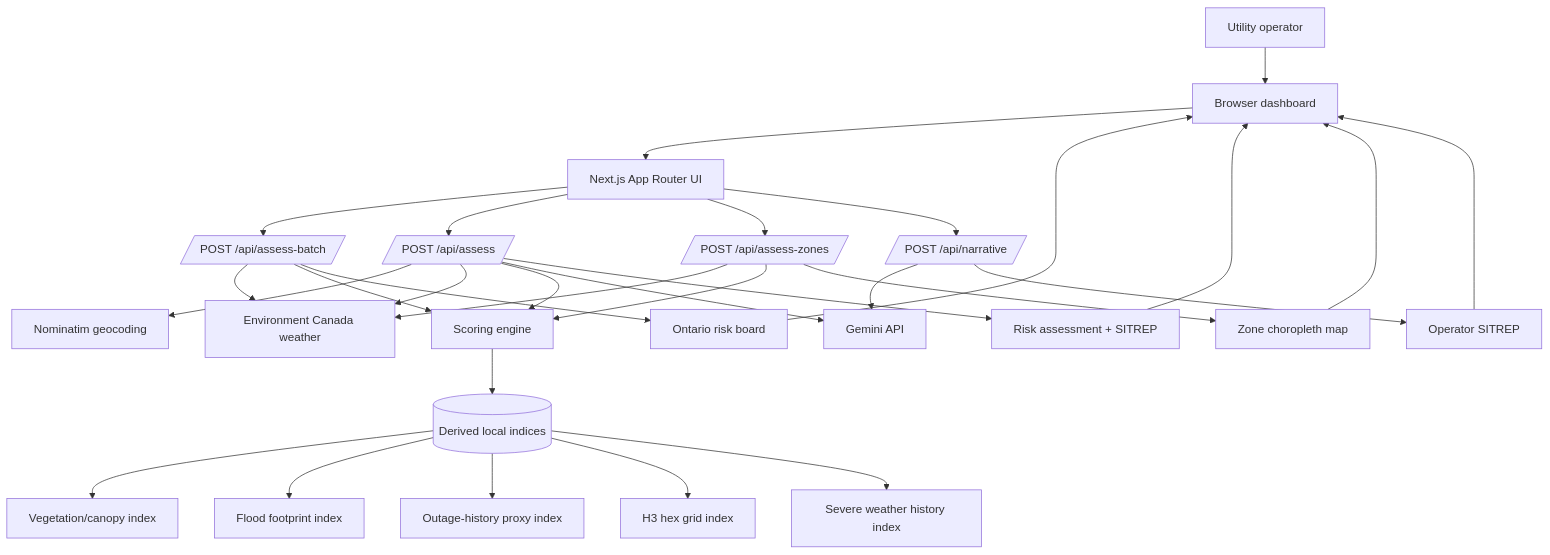
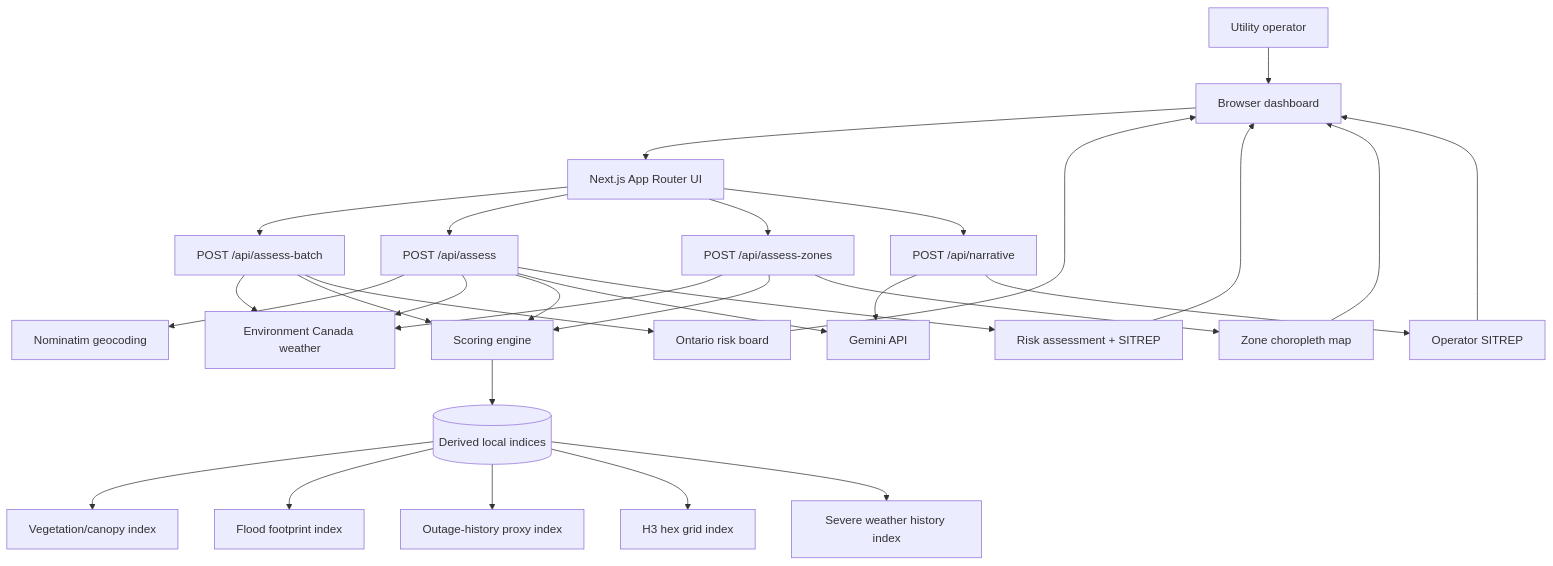
One commit to bmar1/voltex changed the first of 9 diagrams in docs/01-system-design.md. Above: the diagram before and after it, drawn with Mermaid. The commit also changed other lines of this file and 3 other files, not shown here.

First line of the commit message:
Rebrand docs to Voltex and fix mermaid diagrams

````diff
--- a/docs/01-system-design.md
+++ b/docs/01-system-design.md
@@ -19,38 +19,38 @@
 ```mermaid
 flowchart TB
-  operator[Utility operator] --> browser[Browser dashboard]
+  operator["Utility operator"] --> browser["Browser dashboard"]
 
-  browser --> page[Next.js App Router UI]
-  page --> batch[/POST /api/assess-batch/]
-  page --> assess[/POST /api/assess/]
-  page --> zones[/POST /api/assess-zones/]
-  page --> narrative[/POST /api/narrative/]
+  browser --> page["Next.js App Router UI"]
+  page --> batch["POST /api/assess-batch"]
+  page --> assess["POST /api/assess"]
+  page --> zones["POST /api/assess-zones"]
+  page --> narrative["POST /api/narrative"]
 
-  batch --> weather[Environment Canada weather]
-  assess --> geocode[Nominatim geocoding]
+  batch --> weather["Environment Canada weather"]
+  assess --> geocode["Nominatim geocoding"]
   assess --> weather
   zones --> weather
-  narrative --> gemini[Gemini API]
+  narrative --> gemini["Gemini API"]
 
-  batch --> scoring[Scoring engine]
+  batch --> scoring["Scoring engine"]
   assess --> scoring
   zones --> scoring
-  scoring --> derived[(Derived local indices)]
+  scoring --> derived[("Derived local indices")]
 
-  derived --> canopy[Vegetation/canopy index]
-  derived --> floods[Flood footprint index]
-  derived --> outages[Outage-history proxy index]
-  derived --> hexgrid[H3 hex grid index]
-  derived --> wxhist[Severe weather history index]
+  derived --> canopy["Vegetation/canopy index"]
+  derived --> floods["Flood footprint index"]
+  derived --> outages["Outage-history proxy index"]
+  derived --> hexgrid["H3 hex grid index"]
+  derived --> wxhist["Severe weather history index"]
 
   assess --> gemini
-  assess --> response[Risk assessment + SITREP]
-  batch --> board[Ontario risk board]
-  zones --> zonemap[Zone choropleth map]
-  narrative --> sitrep[Operator SITREP]
+  assess --> response["Risk assessment + SITREP"]
+  batch --> board["Ontario risk board"]
+  zones --> zonemap["Zone choropleth map"]
+  narrative --> sitrep["Operator SITREP"]
 
   response --> browser
   board --> browser
   zonemap --> browser
   sitrep --> browser
 ```
````
